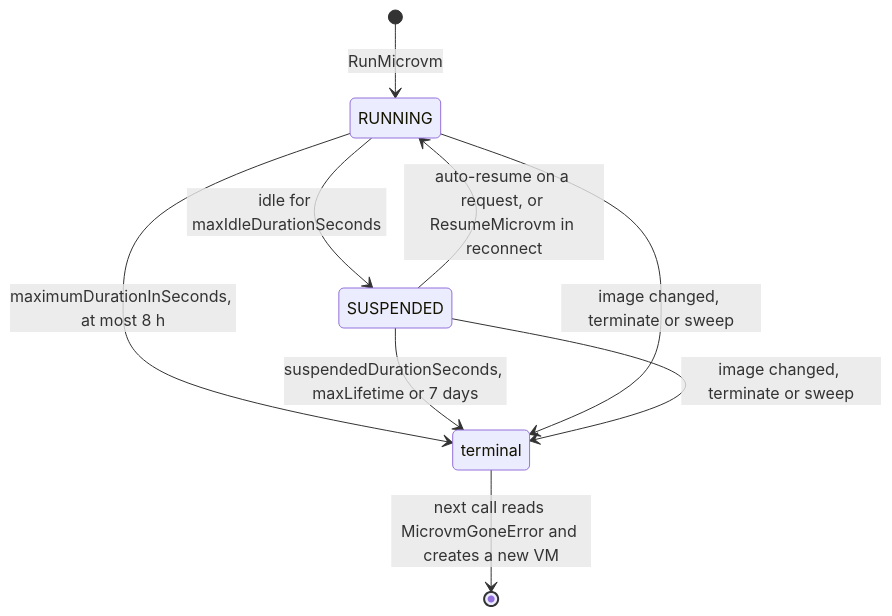
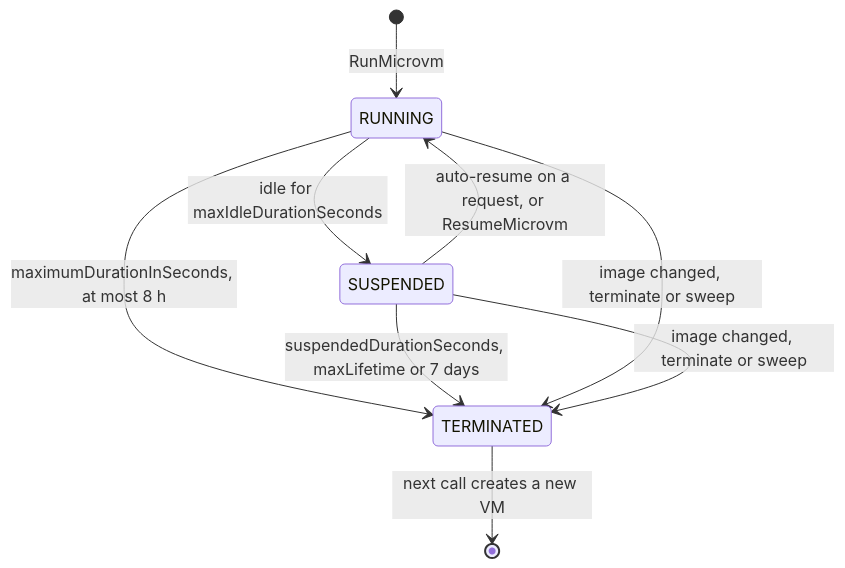
One commit to beeblastco/broods changed diagram 13 of 21 in apps/docs/docs/internals/sandboxes.md. Above: the diagram before and after it, drawn with Mermaid. The commit also changed other lines of this file and 22 other files, not shown here.

First line of the commit message:
docs: fold the Cloudflare pages into their sections, rewrite internals diagram-first (#1010)

````diff
--- a/apps/docs/docs/internals/sandboxes.md
+++ b/apps/docs/docs/internals/sandboxes.md
@@ -90,11 +345,11 @@
 ```mermaid
 stateDiagram-v2
   [*] --> RUNNING: RunMicrovm
   RUNNING --> SUSPENDED: idle for maxIdleDurationSeconds
-  SUSPENDED --> RUNNING: auto-resume on a request, or ResumeMicrovm in reconnect
-  RUNNING --> terminal: maximumDurationInSeconds, at most 8 h
-  SUSPENDED --> terminal: suspendedDurationSeconds, maxLifetime or 7 days
-  RUNNING --> terminal: image changed, terminate or sweep
-  SUSPENDED --> terminal: image changed, terminate or sweep
-  terminal --> [*]: next call reads MicrovmGoneError and creates a new VM
+  SUSPENDED --> RUNNING: auto-resume on a request, or ResumeMicrovm
+  RUNNING --> TERMINATED: maximumDurationInSeconds, at most 8 h
+  SUSPENDED --> TERMINATED: suspendedDurationSeconds, maxLifetime or 7 days
+  RUNNING --> TERMINATED: image changed, terminate or sweep
+  SUSPENDED --> TERMINATED: image changed, terminate or sweep
+  TERMINATED --> [*]: next call creates a new VM
 ```
````
